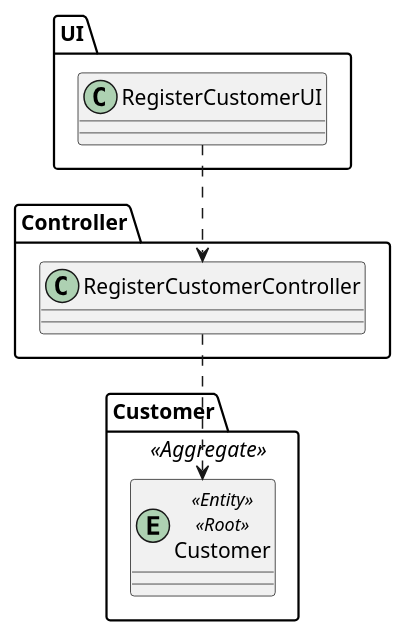
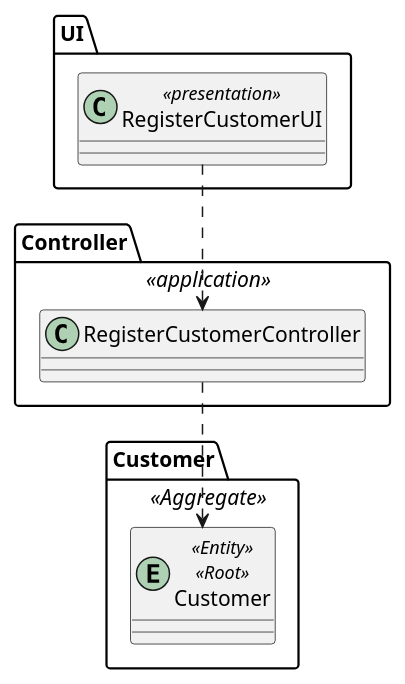
The diagram in docs/Sprint2/US1003/US1003_CD.puml (marttuga/LAPR4-SmartSystems), drawn with PlantUML before and after one commit. The commit also changed 6 other files, not shown here.

```diff
--- a/docs/Sprint2/US1003/US1003_CD.puml
+++ b/docs/Sprint2/US1003/US1003_CD.puml
@@ -1,25 +1,24 @@
 @startuml
 skinparam classAttributeIconSize 0
 
 package UI {
-class RegisterCustomerUI {
+class RegisterCustomerUI <<presentation>> {
 }
 }
 
-package Controller{
+package Controller <<application>>{
 class RegisterCustomerController {
 
 }
 }
 
 package Customer <<Aggregate>>{
 
 entity Customer <<Entity>> <<Root>> {
 }
 
 
 
 RegisterCustomerUI ..> RegisterCustomerController
 RegisterCustomerController ..> Customer
-
 @enduml
```
